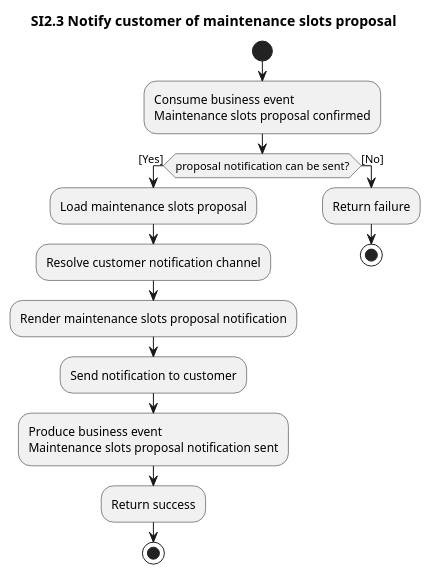
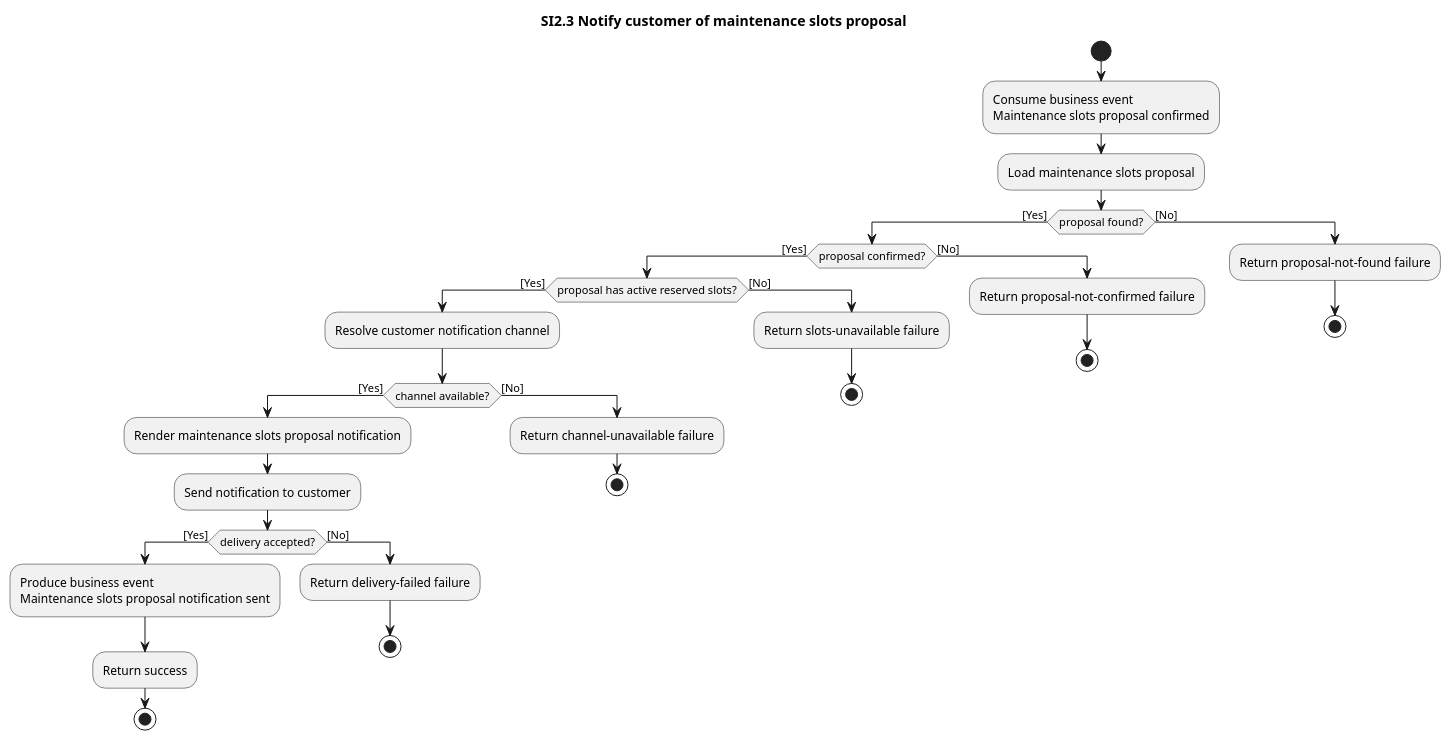
Before and after one commit to ottolote/fixme: the diagram in docs/business/system-interactions/diagrams/si2.3-notify-customer-of-maintenance-slots-proposal.pu, drawn with PlantUML. The commit also changed 33 other files, not shown here.

Commit message:
add all conditionals etc to system interaction diagrams

```diff
--- a/docs/business/system-interactions/diagrams/si2.3-notify-customer-of-maintenance-slots-proposal.pu
+++ b/docs/business/system-interactions/diagrams/si2.3-notify-customer-of-maintenance-slots-proposal.pu
@@ -1,22 +1,42 @@
 @startuml si2.3-notify-customer-of-maintenance-slots-proposal
 title SI2.3 Notify customer of maintenance slots proposal
 
 start
 :Consume business event
 Maintenance slots proposal confirmed;
 
-if (proposal notification can be sent?) then ([Yes])
-  :Load maintenance slots proposal;
-  :Resolve customer notification channel;
-  :Render maintenance slots proposal notification;
-  :Send notification to customer;
-  :Produce business event
+:Load maintenance slots proposal;
+if (proposal found?) then ([Yes])
+  if (proposal confirmed?) then ([Yes])
+    if (proposal has active reserved slots?) then ([Yes])
+      :Resolve customer notification channel;
+      if (channel available?) then ([Yes])
+        :Render maintenance slots proposal notification;
+        :Send notification to customer;
+        if (delivery accepted?) then ([Yes])
+          :Produce business event
 Maintenance slots proposal notification sent;
-  :Return success;
-  stop
+          :Return success;
+          stop
+        else ([No])
+          :Return delivery-failed failure;
+          stop
+        endif
+      else ([No])
+        :Return channel-unavailable failure;
+        stop
+      endif
+    else ([No])
+      :Return slots-unavailable failure;
+      stop
+    endif
+  else ([No])
+    :Return proposal-not-confirmed failure;
+    stop
+  endif
 else ([No])
-  :Return failure;
+  :Return proposal-not-found failure;
   stop
 endif
 
 @enduml
```
